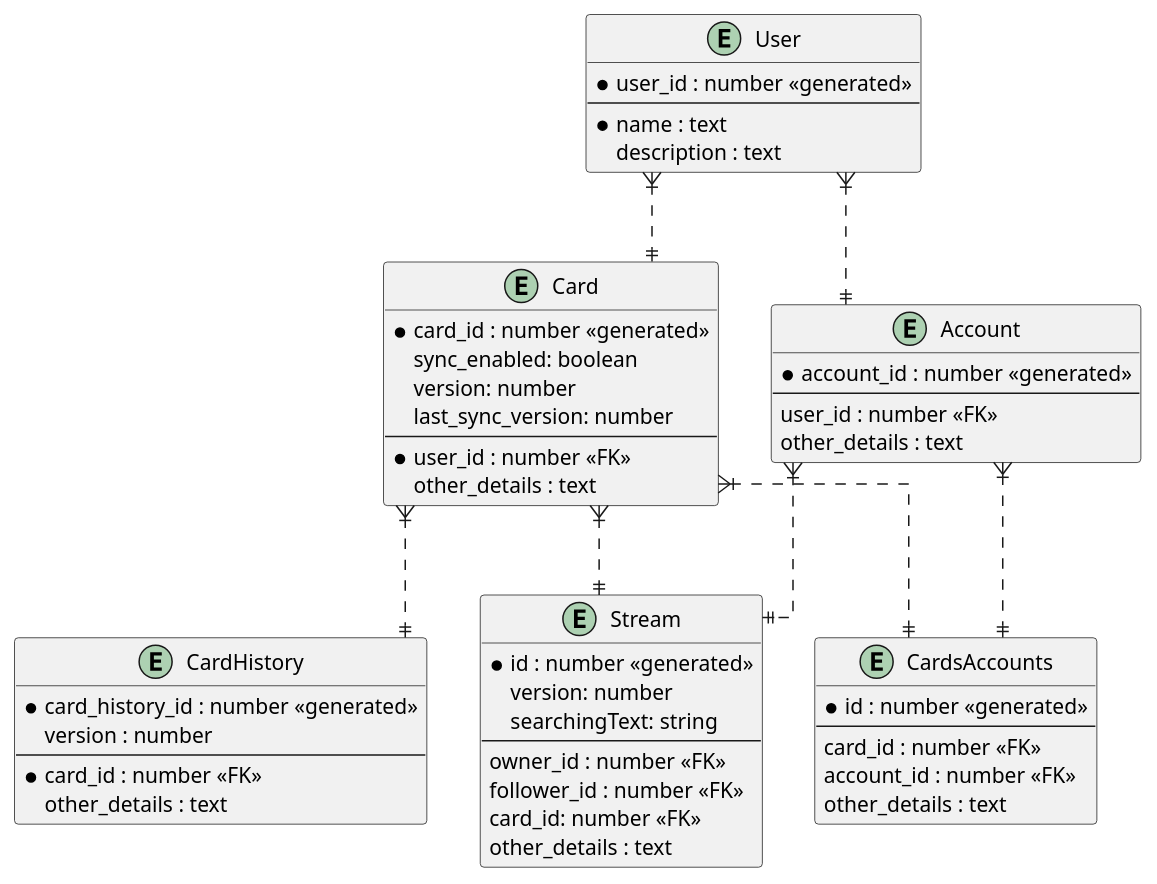
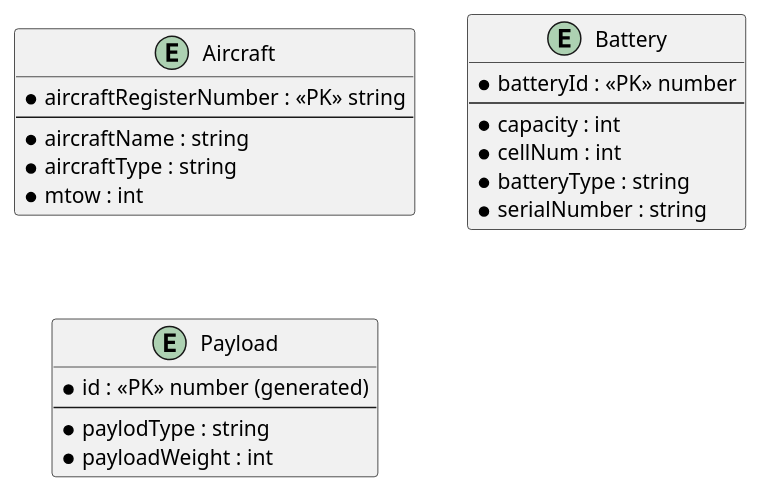
Before and after one commit to KimJinHyeok1/FlightManagementApp: the diagram in Docs/flightManagementApp.puml, drawn with PlantUML.

Commit message:
MODIFY : FlightLog App ERD Modify

```diff
--- a/Docs/flightManagementApp.puml
+++ b/Docs/flightManagementApp.puml
@@ -1,74 +1,34 @@
 @startuml
 
 ' hide the spot
 ' hide circle
 
 ' avoid problems with angled crows feet
 skinparam linetype ortho
 
-entity "User" as e01 {
-  *user_id : number <<generated>>
+entity "Aircraft" as e01{
+  *aircraftRegisterNumber : <<PK>> string
   --
-  *name : text
-  description : text
+  *aircraftName : string
+  *aircraftType : string
+  *mtow : int
 }
 
-entity "Card" as e02 {
-  *card_id : number <<generated>>
-  sync_enabled: boolean
-  version: number
-  last_sync_version: number
+entity "Battery" as e02 {
+  *batteryId : <<PK>> number
   --
-  *user_id : number <<FK>>
-  other_details : text
+  *capacity : int
+  *cellNum : int
+  *batteryType : string
+  *serialNumber : string
 }
 
-entity "CardHistory" as e05 {
-  *card_history_id : number <<generated>>
-  version : number
+entity "Payload" as e03 {
+  *id : <<PK>> number (generated)
   --
-  *card_id : number <<FK>>
-  other_details : text
-}
-
-entity "CardsAccounts" as e04 {
-  *id : number <<generated>>
-  --
-  card_id : number <<FK>>
-  account_id : number <<FK>>
-  other_details : text
+  *paylodType : string 
+  *payloadWeight : int
 }
 
 
-entity "Account" as e03 {
-  *account_id : number <<generated>>
-  --
-  user_id : number <<FK>>
-  other_details : text
-}
-
-entity "Stream" as e06 {
-  *id : number <<generated>>
-  version: number
-  searchingText: string
-  --
-  owner_id : number <<FK>>
-  follower_id : number <<FK>>
-  card_id: number <<FK>>
-  other_details : text
-}
-
-
-e01 }|..|| e02
-e01 }|..|| e03
-
-e02 }|..|| e05
-
-e02 }|..|| e04
-e03 }|..|| e04
-
-e02 }|..|| e06
-e03 }|..|| e06
-
-
 @enduml
```
